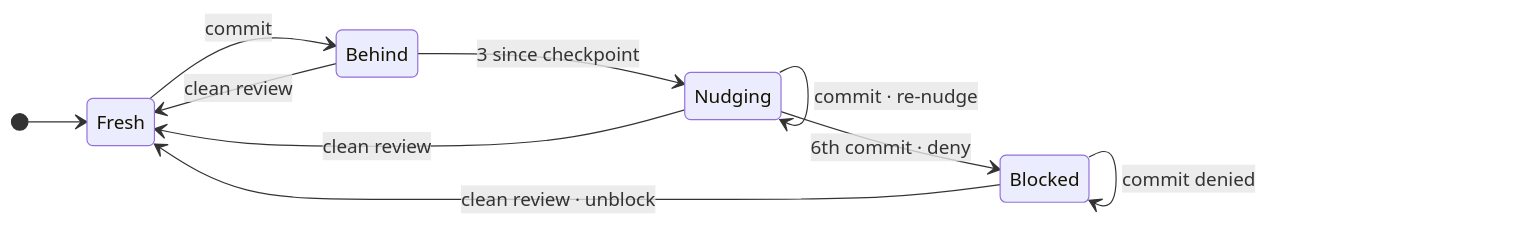
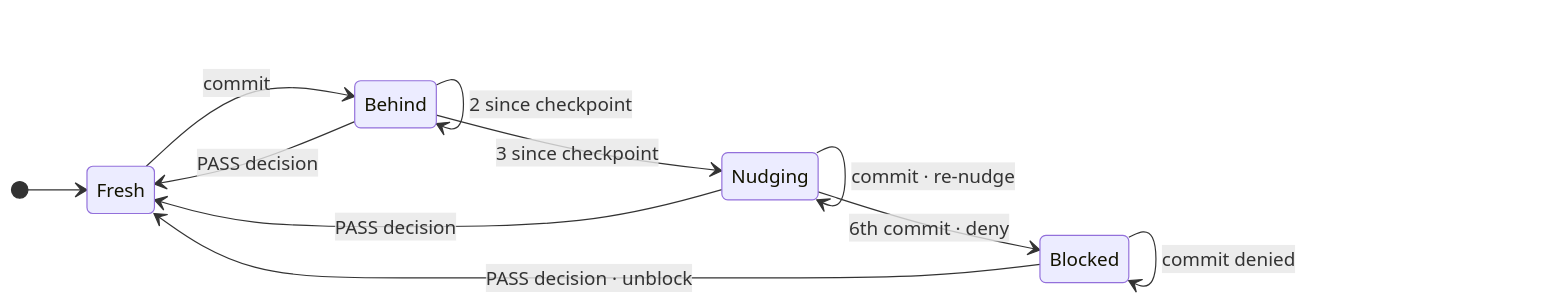
Before and after one commit to midris/disciplined-development-skills: the second of 2 diagrams in skills/disciplined-development/hooks/README.md, drawn with Mermaid. The commit also changed other lines of this file and 69 other files, not shown here.

````diff
--- a/skills/disciplined-development/hooks/README.md
+++ b/skills/disciplined-development/hooks/README.md
@@ -146,13 +179,14 @@
 ```mermaid
 stateDiagram-v2
     direction LR
     [*] --> Fresh
     Fresh --> Behind: commit
+    Behind --> Behind: 2 since checkpoint
     Behind --> Nudging: 3 since checkpoint
     Nudging --> Nudging: commit · re-nudge
     Nudging --> Blocked: 6th commit · deny
     Blocked --> Blocked: commit denied
-    Behind --> Fresh: clean review
-    Nudging --> Fresh: clean review
-    Blocked --> Fresh: clean review · unblock
+    Behind --> Fresh: PASS decision
+    Nudging --> Fresh: PASS decision
+    Blocked --> Fresh: PASS decision · unblock
 ```
````
